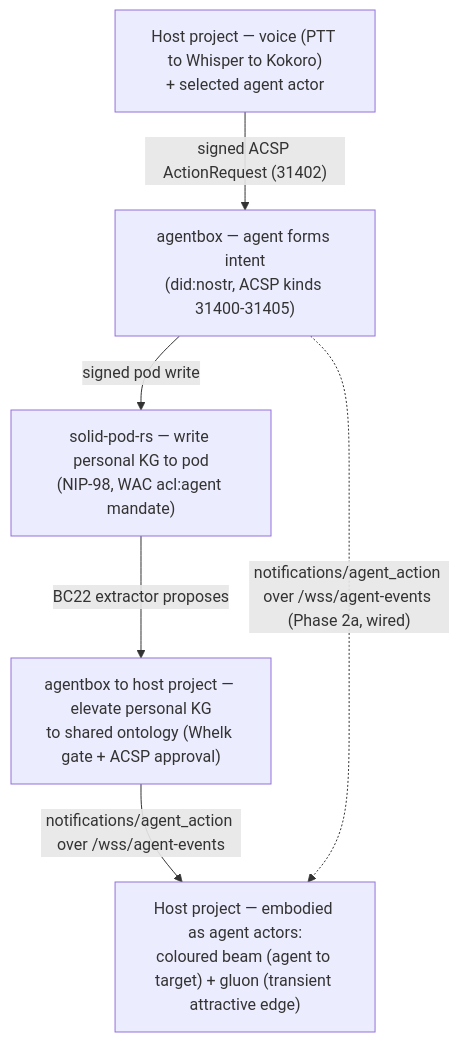
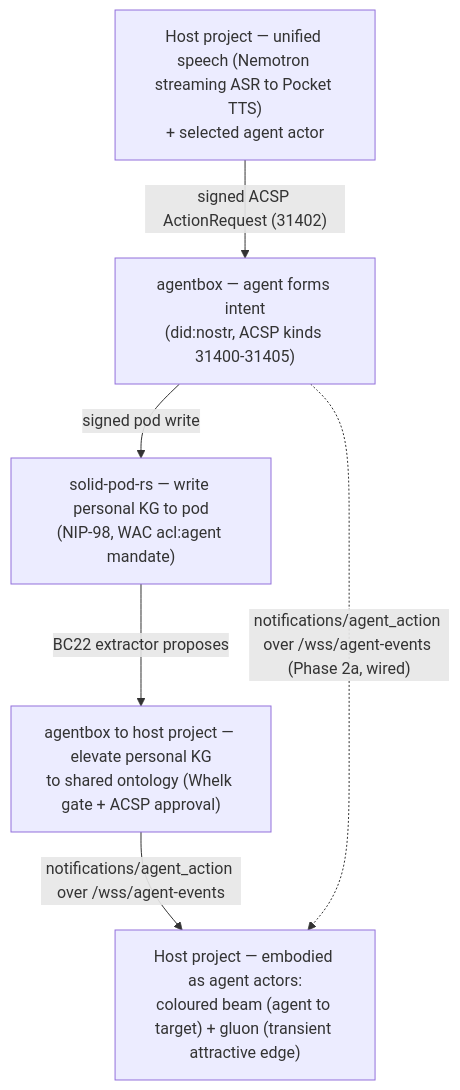
Before and after one commit to DreamLab-AI/agentbox: the first of 5 diagrams in docs/developer/ecosystem.md, drawn with Mermaid. The commit also changed 33 other files, not shown here.

````diff
--- a/docs/developer/ecosystem.md
+++ b/docs/developer/ecosystem.md
@@ -48,14 +48,14 @@
 ```mermaid
 flowchart TB
-    V["Host project — voice (PTT to Whisper to Kokoro)<br/>+ selected agent actor"]
+    V["Host project — unified speech (Nemotron streaming ASR to Pocket TTS)<br/>+ selected agent actor"]
     AB["agentbox — agent forms intent<br/>(did:nostr, ACSP kinds 31400-31405)"]
     POD["solid-pod-rs — write personal KG to pod<br/>(NIP-98, WAC acl:agent mandate)"]
     ELEV["agentbox to host project — elevate personal KG<br/>to shared ontology (Whelk gate + ACSP approval)"]
     VIZ["Host project — embodied as agent actors:<br/>coloured beam (agent to target) + gluon (transient attractive edge)"]
 
     V -->|"signed ACSP ActionRequest (31402)"| AB
     AB -->|"signed pod write"| POD
     POD -->|"BC22 extractor proposes"| ELEV
     ELEV -->|"notifications/agent_action over /wss/agent-events"| VIZ
     AB -.->|"notifications/agent_action over /wss/agent-events (Phase 2a, wired)"| VIZ
 ```
````
